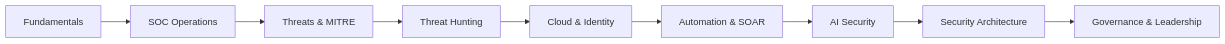
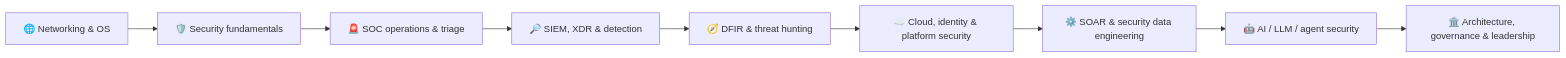
One commit to yashvanth-mv27/cyber-Sec-Roadmap-2026-27 changed the diagram in README.md. Above: the diagram before and after it, drawn with Mermaid. The commit also changed other lines of this file, not shown here.

Commit message:
Refresh README with complete 2026-27 SOC roadmap

````diff
--- a/README.md
+++ b/README.md
@@ -75,11 +28,11 @@
 ```mermaid
 flowchart LR
-    A[Fundamentals] --> B[SOC Operations]
-    B --> C[Threats & MITRE]
-    C --> D[Threat Hunting]
-    D --> E[Cloud & Identity]
-    E --> F[Automation & SOAR]
-    F --> G[AI Security]
-    G --> H[Security Architecture]
-    H --> I[Governance & Leadership]
+    A[🌐 Networking & OS] --> B[🛡️ Security fundamentals]
+    B --> C[🚨 SOC operations & triage]
+    C --> D[🔎 SIEM, XDR & detection]
+    D --> E[🧭 DFIR & threat hunting]
+    E --> F[☁️ Cloud, identity & platform security]
+    F --> G[⚙️ SOAR & security data engineering]
+    G --> H[🤖 AI / LLM / agent security]
+    H --> I[🏛️ Architecture, governance & leadership]
 ```
````
